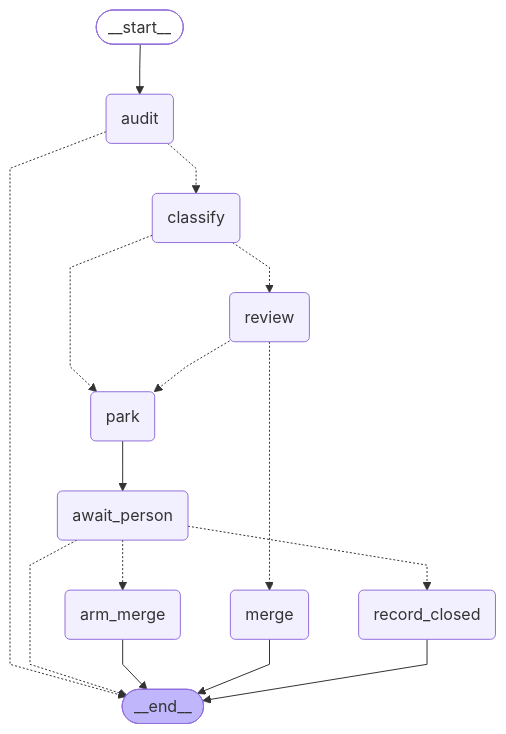
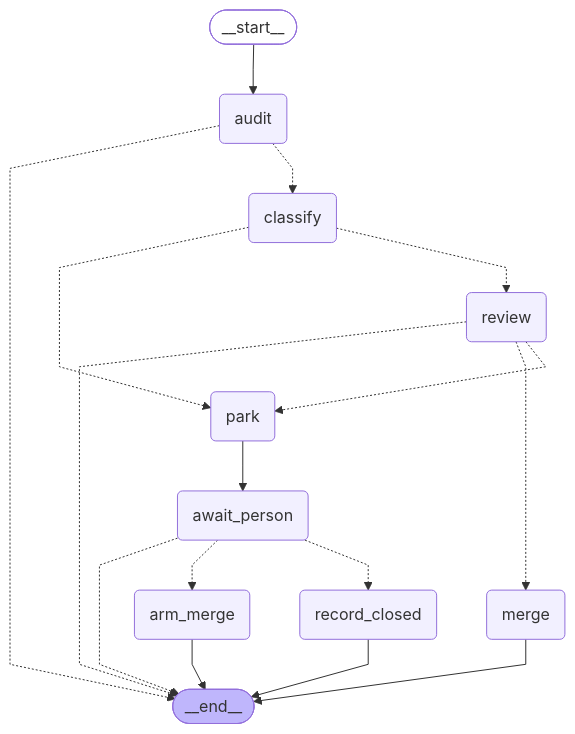
One commit to Misoto22/touchstone changed the diagram in docs/graph.md. Above: the diagram before and after it, drawn with Mermaid. The commit also changed 12 other files, not shown here.

````diff
--- a/docs/graph.md
+++ b/docs/graph.md
@@ -4,35 +4,36 @@
 ```mermaid
 ---
 config:
   flowchart:
     curve: linear
 ---
 graph TD;
 	__start__([<p>__start__</p>]):::first
 	audit(audit)
 	classify(classify)
 	review(review)
 	merge(merge)
 	park(park)
 	await_person(await_person)
 	arm_merge(arm_merge)
 	record_closed(record_closed)
 	__end__([<p>__end__</p>]):::last
 	__start__ --> audit;
 	audit -.-> __end__;
 	audit -.-> classify;
 	await_person -.-> __end__;
 	await_person -.-> arm_merge;
 	await_person -.-> record_closed;
 	classify -.-> park;
 	classify -.-> review;
 	park --> await_person;
+	review -.-> __end__;
 	review -.-> merge;
 	review -.-> park;
 	arm_merge --> __end__;
 	merge --> __end__;
 	record_closed --> __end__;
 	classDef default fill:#f2f0ff,line-height:1.2
 	classDef first fill-opacity:0
 	classDef last fill:#bfb6fc
 ```
````
